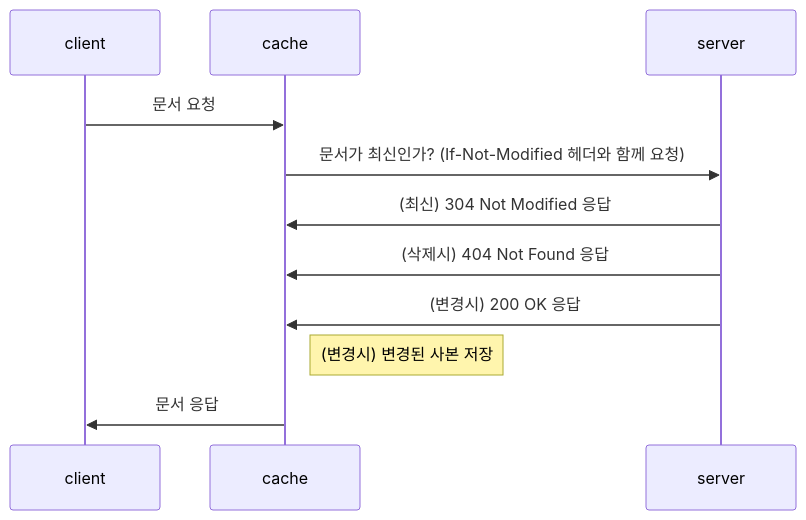
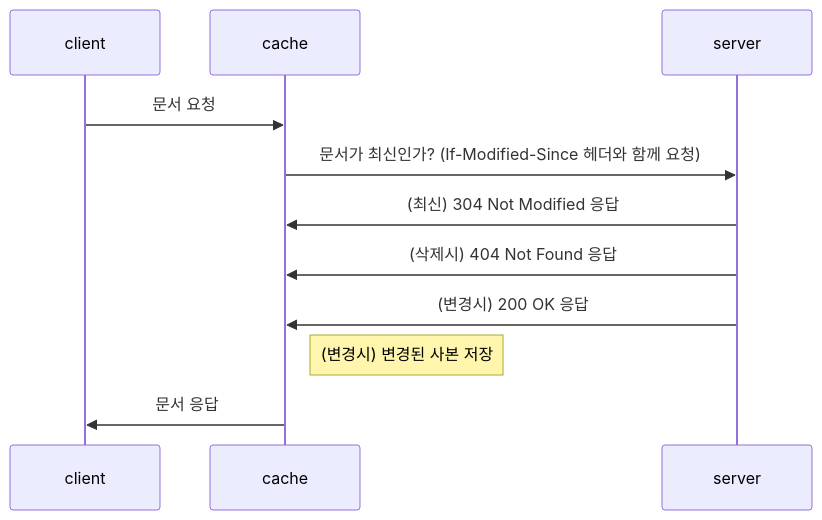
One commit to jxmen/jxmen.github.io changed the fourth of 4 diagrams in _wiki/book/summary/http-perfect-guide.md. Above: the diagram before and after it, drawn with Mermaid. The commit also changed other lines of this file and 1 other file, not shown here.

````diff
--- a/_wiki/book/summary/http-perfect-guide.md
+++ b/_wiki/book/summary/http-perfect-guide.md
@@ -391,15 +391,15 @@
 	```mermaid!
 	sequenceDiagram
 
 	participant c as client
 	participant cache as cache
 	participant s as server
 
 	c->>cache: 문서 요청
-	cache->>s: 문서가 최신인가? (If-Not-Modified 헤더와 함께 요청)
+	cache->>s: 문서가 최신인가? (If-Modified-Since 헤더와 함께 요청)
 	s->>cache: (최신) 304 Not Modified 응답
 	s->>cache: (삭제시) 404 Not Found 응답
 	s->>cache: (변경시) 200 OK 응답
 	Note right of cache: (변경시) 변경된 사본 저장
 	cache->>c: 문서 응답
 	```
````
